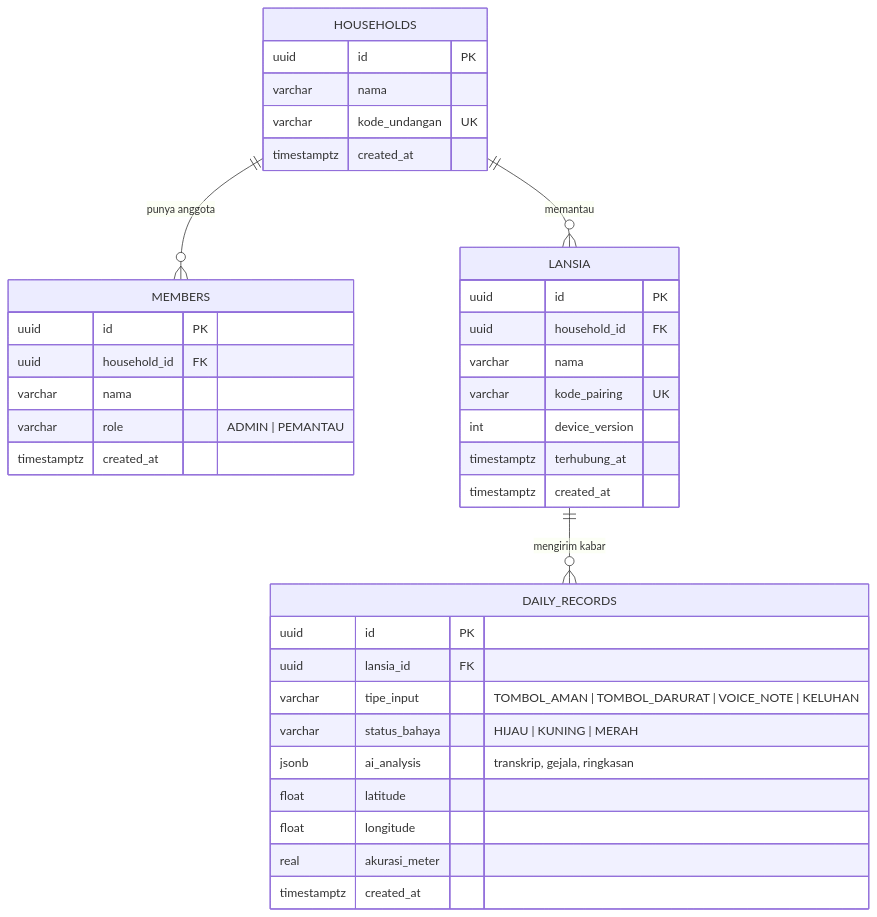
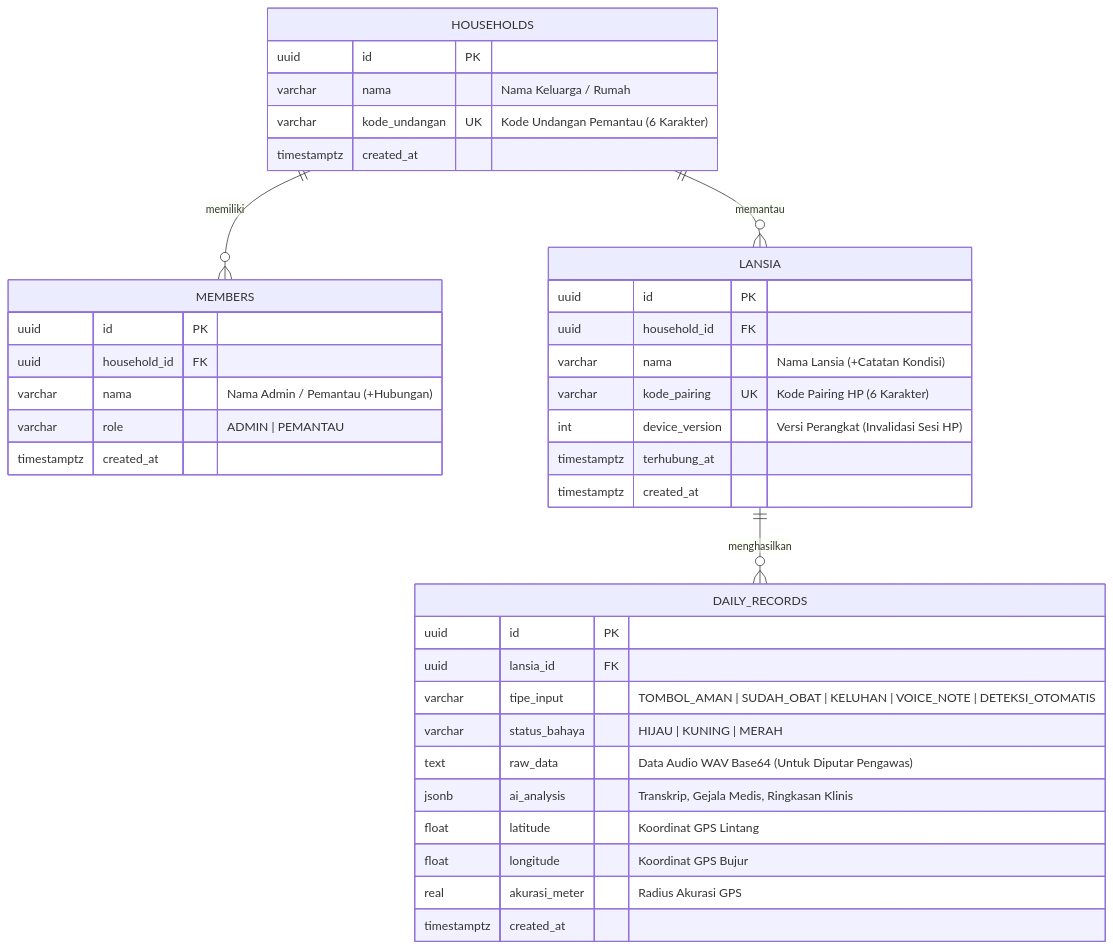
Before and after one commit to Nazca13/himtec-01: the sixth of 6 diagrams in readthis.md, drawn with Mermaid. The commit also changed other lines of this file and 11 other files, not shown here.

Commit message:
feat: form keluarga lengkap, tagline peduli hari ini, perbarui lokasi gps & docs readthis

````diff
--- a/readthis.md
+++ b/readthis.md
@@ -210,40 +378,44 @@
 ```mermaid
 erDiagram
-    HOUSEHOLDS ||--o{ MEMBERS : "punya anggota"
+    HOUSEHOLDS ||--o{ MEMBERS : "memiliki"
     HOUSEHOLDS ||--o{ LANSIA : "memantau"
-    LANSIA ||--o{ DAILY_RECORDS : "mengirim kabar"
+    LANSIA ||--o{ DAILY_RECORDS : "menghasilkan"
 
     HOUSEHOLDS {
         uuid id PK
-        varchar nama
-        varchar kode_undangan UK
+        varchar nama "Nama Keluarga / Rumah"
+        varchar kode_undangan UK "Kode Undangan Pemantau (6 Karakter)"
         timestamptz created_at
     }
+
     MEMBERS {
         uuid id PK
         uuid household_id FK
-        varchar nama
+        varchar nama "Nama Admin / Pemantau (+Hubungan)"
         varchar role "ADMIN | PEMANTAU"
         timestamptz created_at
     }
+
     LANSIA {
         uuid id PK
         uuid household_id FK
-        varchar nama
-        varchar kode_pairing UK
-        int device_version
+        varchar nama "Nama Lansia (+Catatan Kondisi)"
+        varchar kode_pairing UK "Kode Pairing HP (6 Karakter)"
+        int device_version "Versi Perangkat (Invalidasi Sesi HP)"
         timestamptz terhubung_at
         timestamptz created_at
     }
+
     DAILY_RECORDS {
         uuid id PK
         uuid lansia_id FK
-        varchar tipe_input "TOMBOL_AMAN | TOMBOL_DARURAT | VOICE_NOTE | KELUHAN"
+        varchar tipe_input "TOMBOL_AMAN | SUDAH_OBAT | KELUHAN | VOICE_NOTE | DETEKSI_OTOMATIS"
         varchar status_bahaya "HIJAU | KUNING | MERAH"
-        jsonb ai_analysis "transkrip, gejala, ringkasan"
-        float latitude
-        float longitude
-        real akurasi_meter
+        text raw_data "Data Audio WAV Base64 (Untuk Diputar Pengawas)"
+        jsonb ai_analysis "Transkrip, Gejala Medis, Ringkasan Klinis"
+        float latitude "Koordinat GPS Lintang"
+        float longitude "Koordinat GPS Bujur"
+        real akurasi_meter "Radius Akurasi GPS"
         timestamptz created_at
     }
 ```
````
